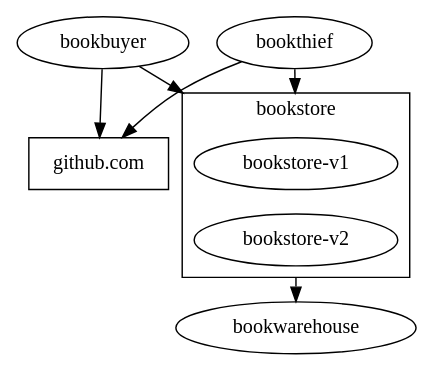
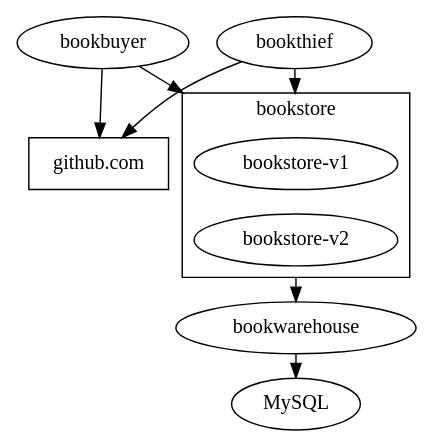
One commit to openservicemesh/osm changed the diagram in demo/graph.dot. Above: the diagram before and after it, drawn with Graphviz. The commit also changed 9 other files, not shown here.

```diff
--- a/demo/graph.dot
+++ b/demo/graph.dot
@@ -1,19 +1,20 @@
-// dot -o graph.svg -T svg graph.svg
+// dot -o graph.svg -T svg graph.dot
 digraph G {
     compound=true;
     ranksep="0";
     edge [minlen=2];
 
     gh [label="github.com" shape=rect];
     {bookbuyer bookthief} -> gh;
     {bookbuyer bookthief} -> b1 [lhead=cluster0];
 
     subgraph cluster0 {
         label="bookstore";
         b1[label="bookstore-v1"];
         b2[label="bookstore-v2"];
         b1 -> b2 [style=invis];
     }
 
     b2 -> bookwarehouse [ltail=cluster0];
+    bookwarehouse -> MySQL
 }
```
